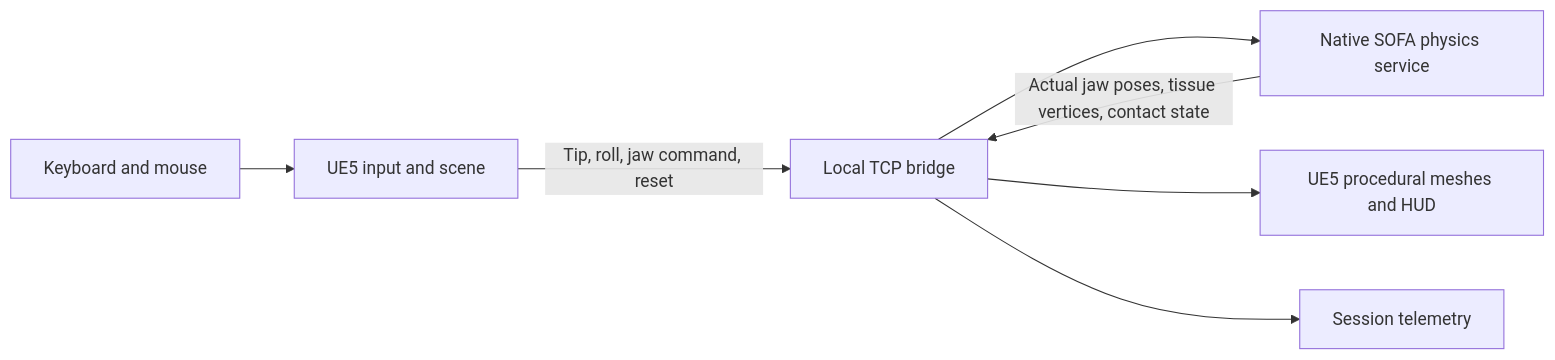
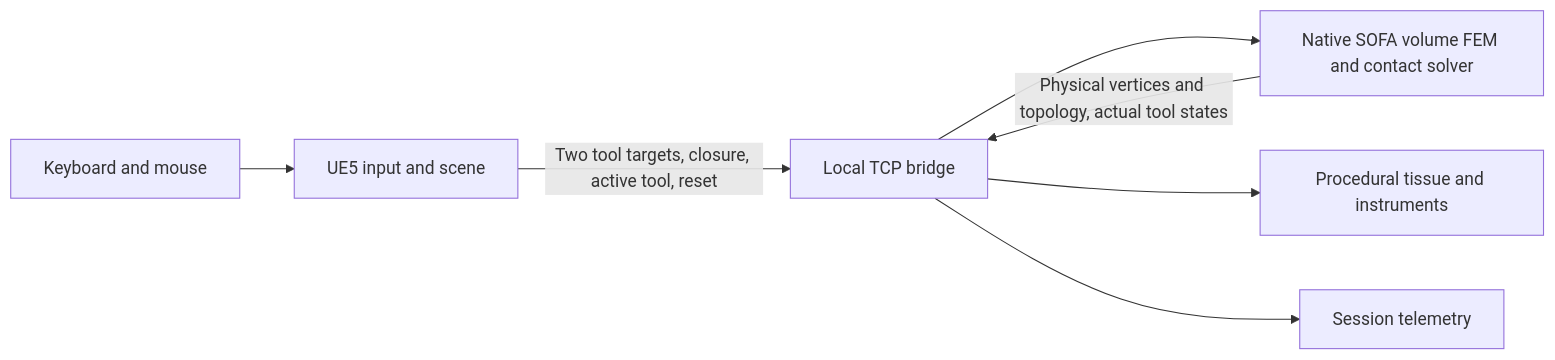
Before and after one commit to avalon-lune/EndoForge: the diagram in README.md, drawn with Mermaid. The commit also changed other lines of this file, not shown here.

Commit message:
Document Phase 3 bimanual tissue cutting milestone

````diff
--- a/README.md
+++ b/README.md
@@ -47,9 +30,9 @@
 ```mermaid
 flowchart LR
     Input[Keyboard and mouse] --> UE[UE5 input and scene]
-    UE -->|Tip, roll, jaw command, reset| Bridge[Local TCP bridge]
-    Bridge --> SOFA[Native SOFA physics service]
-    SOFA -->|Actual jaw poses, tissue vertices, contact state| Bridge
-    Bridge --> View[UE5 procedural meshes and HUD]
+    UE -->|Two tool targets, closure, active tool, reset| Bridge[Local TCP bridge]
+    Bridge --> SOFA[Native SOFA volume FEM and contact solver]
+    SOFA -->|Physical vertices and topology, actual tool states| Bridge
+    Bridge --> View[Procedural tissue and instruments]
     Bridge --> Log[Session telemetry]
 ```
````
